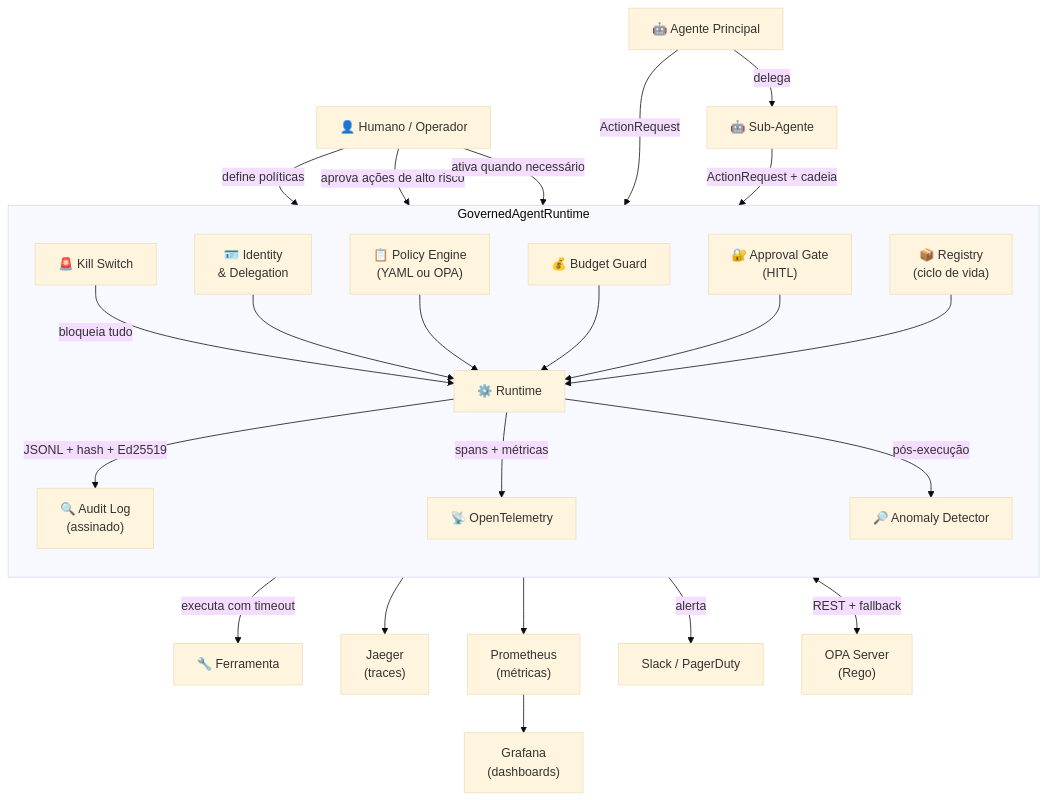
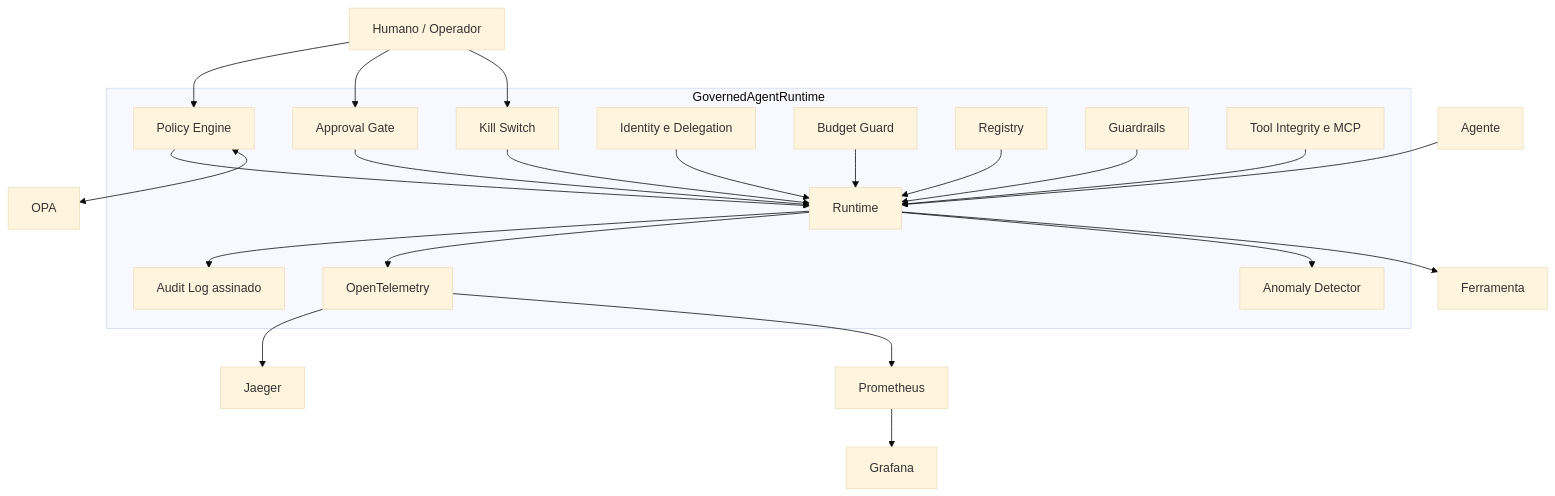
The diagram in README.md (glaucojbs/agenticgovernance), drawn with Mermaid (base theme) before and after one commit. The commit also changed other lines of this file and 31 other files, not shown here.

````diff
--- a/README.md
+++ b/README.md
@@ -54,30 +63,27 @@
 ```mermaid
 graph TD
-    H["👤 Humano / Operador"] -->|define políticas| P["📋 Policy Engine\n(YAML ou OPA)"]
-    H -->|aprova ações de alto risco| AP["🔐 Approval Gate\n(HITL)"]
-    H -->|ativa quando necessário| KS["🚨 Kill Switch"]
+    H["Humano / Operador"] --> P["Policy Engine"]
+    H --> AP["Approval Gate"]
+    H --> KS["Kill Switch"]
 
     subgraph "GovernedAgentRuntime"
-        direction TB
-        KS -->|bloqueia tudo| RT["⚙️ Runtime"]
-        ID["🪪 Identity\n& Delegation"] --> RT
+        KS --> RT["Runtime"]
+        ID["Identity e Delegation"] --> RT
         P --> RT
-        BU["💰 Budget Guard"] --> RT
+        BU["Budget Guard"] --> RT
         AP --> RT
-        REG["📦 Registry\n(ciclo de vida)"] --> RT
-        RT -->|JSONL + hash + Ed25519| AU["🔍 Audit Log\n(assinado)"]
-        RT -->|spans + métricas| TEL["📡 OpenTelemetry"]
-        RT -->|pós-execução| AN["🔎 Anomaly Detector"]
+        REG["Registry"] --> RT
+        GR["Guardrails"] --> RT
+        SC["Tool Integrity e MCP"] --> RT
+        RT --> AU["Audit Log assinado"]
+        RT --> TEL["OpenTelemetry"]
+        RT --> AN["Anomaly Detector"]
     end
 
-    AG["🤖 Agente Principal"] -->|ActionRequest| RT
-    RT -->|executa com timeout| T["🔧 Ferramenta"]
-    AG -->|delega| SA["🤖 Sub-Agente"]
-    SA -->|ActionRequest + cadeia| RT
-
-    TEL --> JAE["Jaeger\n(traces)"]
-    TEL --> PROM["Prometheus\n(métricas)"]
-    PROM --> GRAF["Grafana\n(dashboards)"]
-    AN -->|alerta| SLACK["Slack / PagerDuty"]
-    P <-->|REST + fallback| OPA["OPA Server\n(Rego)"]
+    AG["Agente"] --> RT
+    RT --> T["Ferramenta"]
+    TEL --> JAE["Jaeger"]
+    TEL --> PROM["Prometheus"]
+    PROM --> GRAF["Grafana"]
+    P <--> OPA["OPA"]
 ```
````
